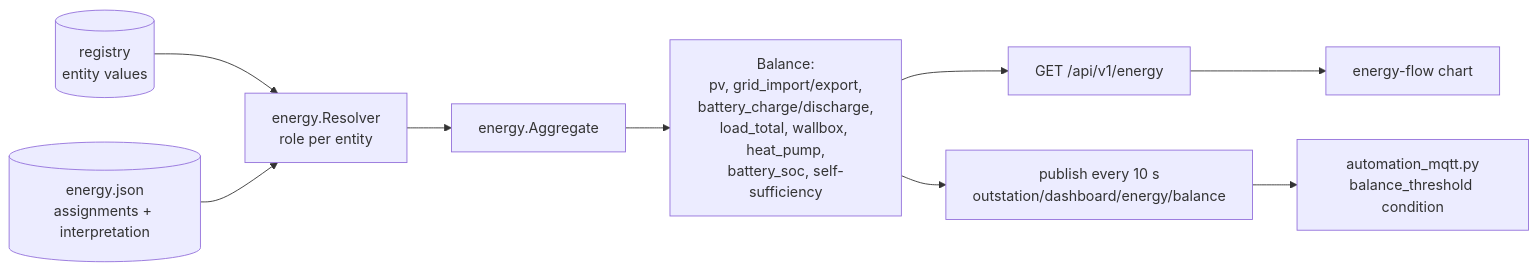
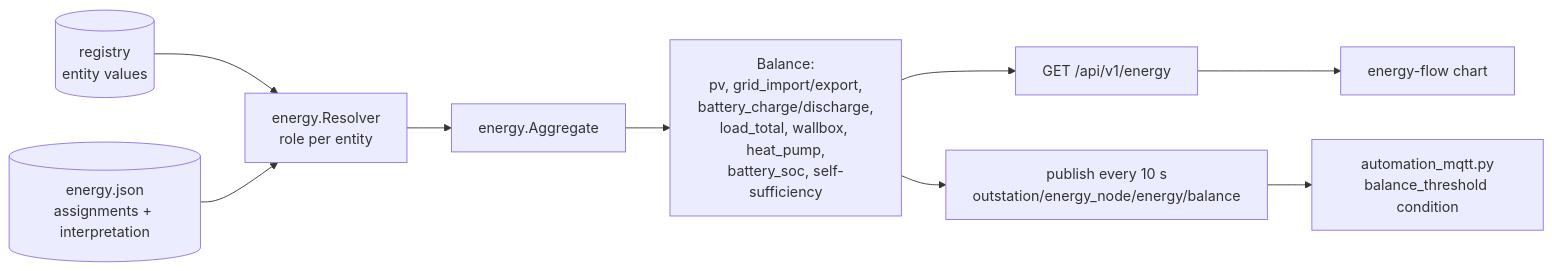
One commit to Developer-Simon/energy-node changed the sixth of 9 diagrams in docs/knowledge/data-flow.md. Above: the diagram before and after it, drawn with Mermaid. The commit also changed other lines of this file and 99 other files, not shown here.

First line of the commit message:
feat!: move node telemetry into the dashboard nodeagent (#19)

````diff
--- a/docs/knowledge/data-flow.md
+++ b/docs/knowledge/data-flow.md
@@ -305,11 +306,11 @@
 ```mermaid
 flowchart LR
     REG[("registry<br/>entity values")] --> RES["energy.Resolver<br/>role per entity"]
     EJ[("energy.json<br/>assignments + interpretation")] --> RES
     RES --> AGG["energy.Aggregate"]
     AGG --> BAL["Balance:<br/>pv, grid_import/export,<br/>battery_charge/discharge,<br/>load_total, wallbox, heat_pump,<br/>battery_soc, self-sufficiency"]
     BAL --> HTTP["GET /api/v1/energy"]
-    BAL --> MQTT["publish every 10 s<br/>outstation/dashboard/energy/balance"]
+    BAL --> MQTT["publish every 10 s<br/>outstation/energy_node/energy/balance"]
     MQTT --> AUTO["automation_mqtt.py<br/>balance_threshold condition"]
     HTTP --> UI["energy-flow chart"]
 ```
````
